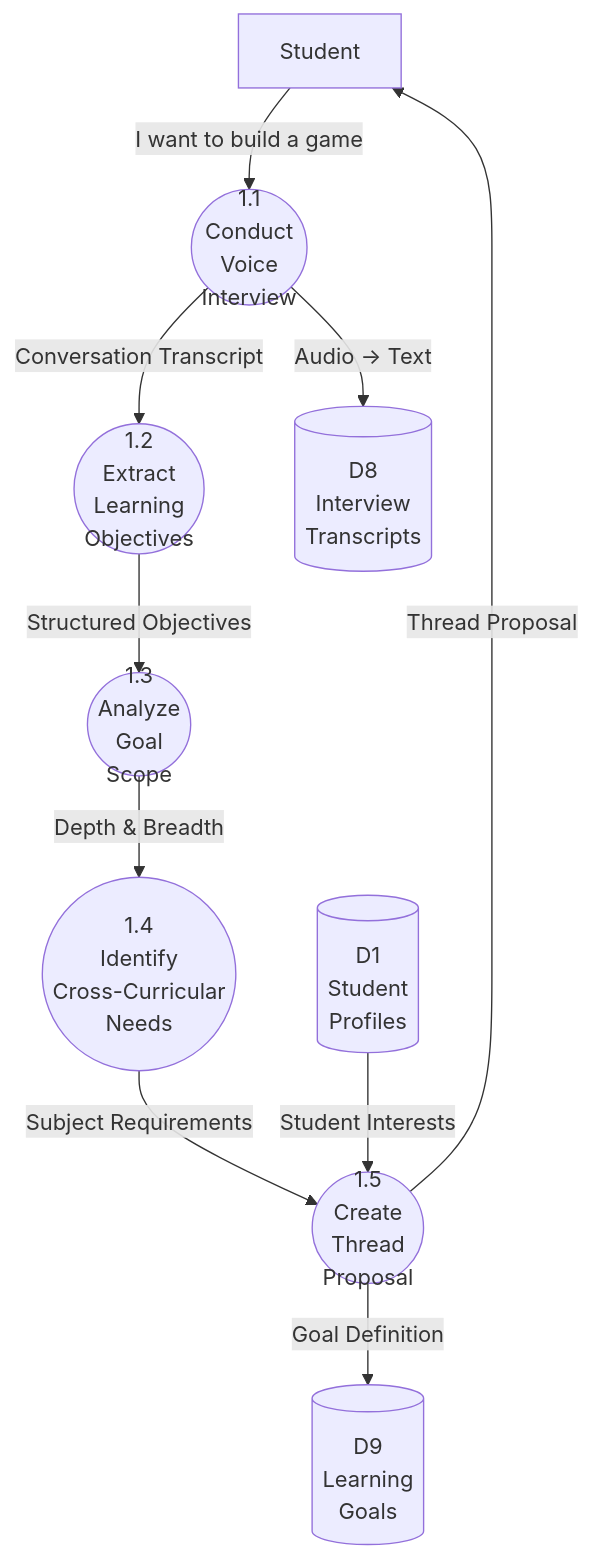
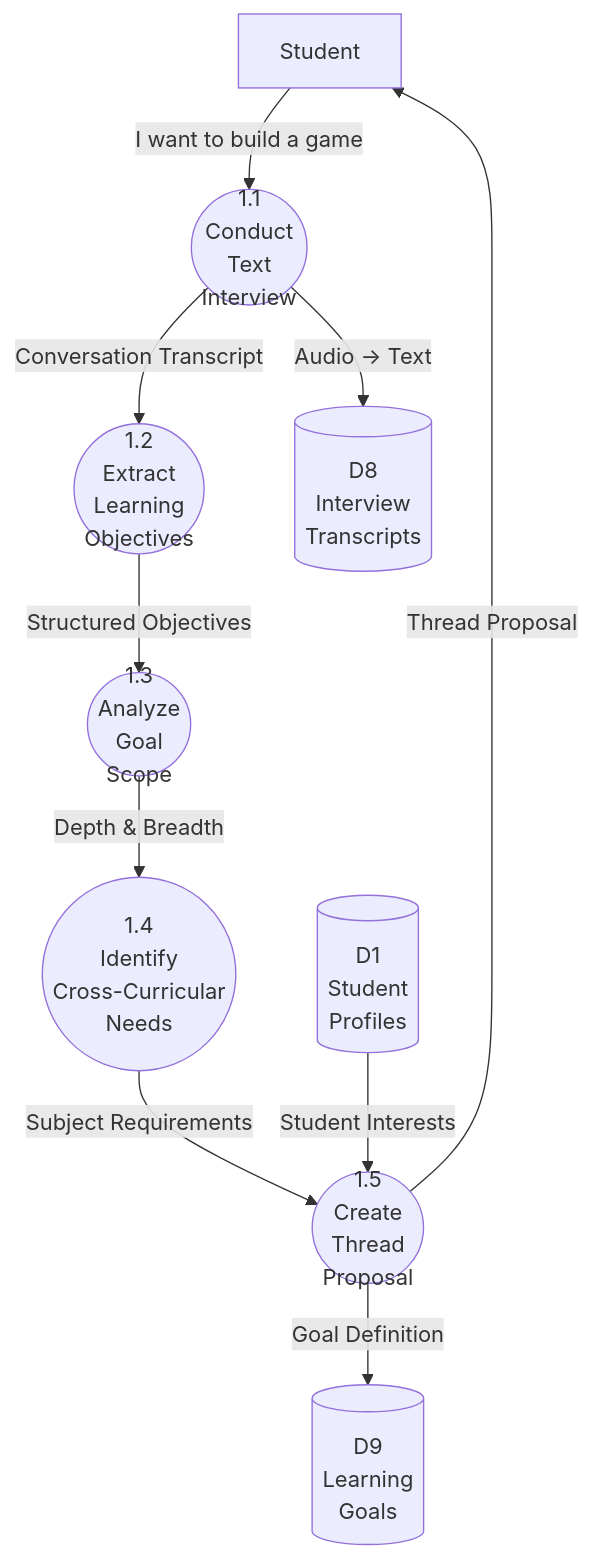
The third of 10 diagrams in docs/data_flow_diagram_updated.md (G2-Spool/spool-frontend), drawn with Mermaid before and after one commit. The commit also changed 12 other files, not shown here.

````diff
--- a/docs/data_flow_diagram_updated.md
+++ b/docs/data_flow_diagram_updated.md
@@ -120,31 +120,31 @@
 ```mermaid
 graph TB
     %% External Entity
     Student[Student]
     
     %% Sub-processes - Thread Discovery
-    P1_1((1.1<br/>Conduct<br/>Voice<br/>Interview))
+    P1_1((1.1<br/>Conduct<br/>Text<br/>Interview))
     P1_2((1.2<br/>Extract<br/>Learning<br/>Objectives))
     P1_3((1.3<br/>Analyze<br/>Goal<br/>Scope))
     P1_4((1.4<br/>Identify<br/>Cross-Curricular<br/>Needs))
     P1_5((1.5<br/>Create<br/>Thread<br/>Proposal))
     
     %% Data Stores
     DS1[(D1<br/>Student<br/>Profiles)]
     DS8[(D8<br/>Interview<br/>Transcripts)]
     DS9[(D9<br/>Learning<br/>Goals)]
     
     %% Thread Discovery Flow
     Student -->|"I want to build a game"| P1_1
     P1_1 -->|Conversation Transcript| P1_2
     P1_1 -->|Audio → Text| DS8
     
     P1_2 -->|Structured Objectives| P1_3
     P1_3 -->|Depth & Breadth| P1_4
     
     P1_4 -->|Subject Requirements| P1_5
     DS1 -->|Student Interests| P1_5
     
     P1_5 -->|Thread Proposal| Student
     P1_5 -->|Goal Definition| DS9
 ```
````
